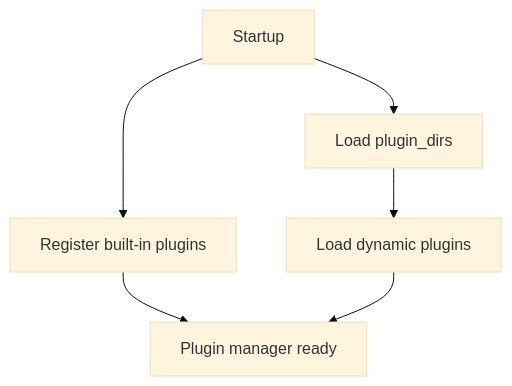
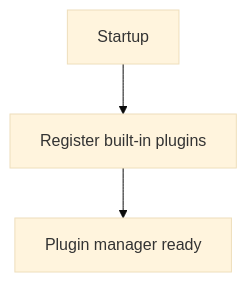
One commit to multiplex55/Multi_Launcher changed the second of 4 diagrams in README.md. Above: the diagram before and after it, drawn with Mermaid (base theme). The commit also changed other lines of this file and 13 other files, not shown here.

````diff
--- a/README.md
+++ b/README.md
@@ -173,8 +172,5 @@
 ```mermaid
 graph TD
     S[Startup] --> B1[Register built-in plugins]
-    S --> B2[Load plugin_dirs]
-    B2 --> L[Load dynamic plugins]
     B1 --> PM[Plugin manager ready]
-    L --> PM
 ```
````
